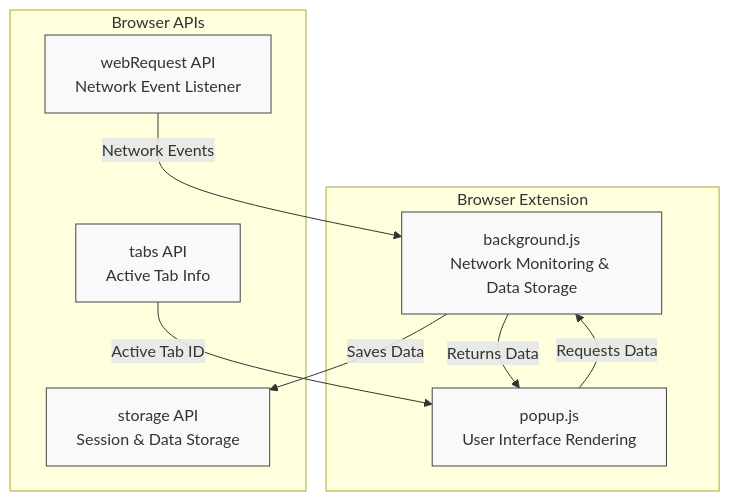
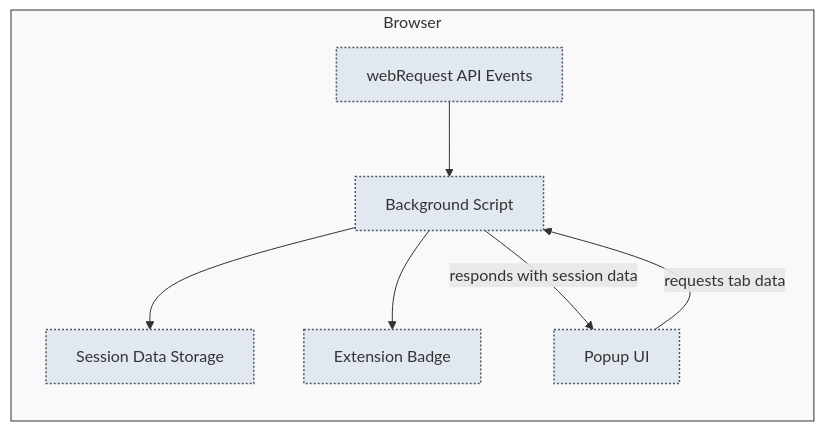
Before and after one commit to clidey/docucod-public-project-adf15a81-508f-4f0d-9083-12549e1f66a0: the diagram in overview/core-concepts-architecture/architecture-overview.mdx, drawn with Mermaid. The commit also changed other lines of this file and 19 other files, not shown here.

````diff
--- a/overview/core-concepts-architecture/architecture-overview.mdx
+++ b/overview/core-concepts-architecture/architecture-overview.mdx
@@ -33,24 +55,22 @@
 ```mermaid
 flowchart TD
 
-  subgraph Browser Extension
-    BG["background.js<br>Network Monitoring & Data Storage"]
-    POP["popup.js<br>User Interface Rendering"]
-  end
+    subgraph Browser
+        direction TB
+        WR["webRequest API Events"]
+        BG["Background Script"]
+        Badge["Extension Badge"]
+        PopupUI["Popup UI"]
+        Storage["Session Data Storage"]
+    end
 
-  subgraph Browser APIs
-    WREQ["webRequest API<br>Network Event Listener"]
-    STORAGE["storage API<br>Session & Data Storage"]
-    TAB["tabs API<br>Active Tab Info"]
-  end
+    WR --> BG
+    BG --> Storage
+    BG --> Badge
+    PopupUI -->|requests tab data| BG
+    BG -->|responds with session data| PopupUI
 
-  WREQ -->|Network Events| BG
-  BG -->|Saves Data| STORAGE
-  POP -->|Requests Data| BG
-  BG -->|Returns Data| POP
-  TAB -->|Active Tab ID| POP
-
-
-  classDef box fill:#f9f9f9,stroke:#444,stroke-width:1px;
-  class BG,POP,WREQ,STORAGE,TAB box;
+    style Browser fill:#f9f9f9,stroke:#333,stroke-width:1px
+    classDef component fill:#e2e8f0,stroke:#4a5568,stroke-width:1.5px,stroke-dasharray: 2 2;
+    class WR,BG,Badge,PopupUI,Storage component
 ```
````
